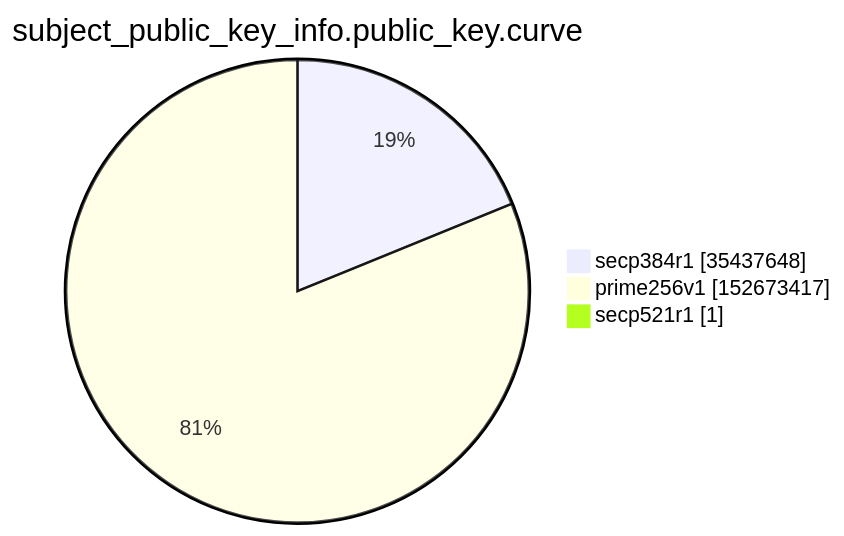
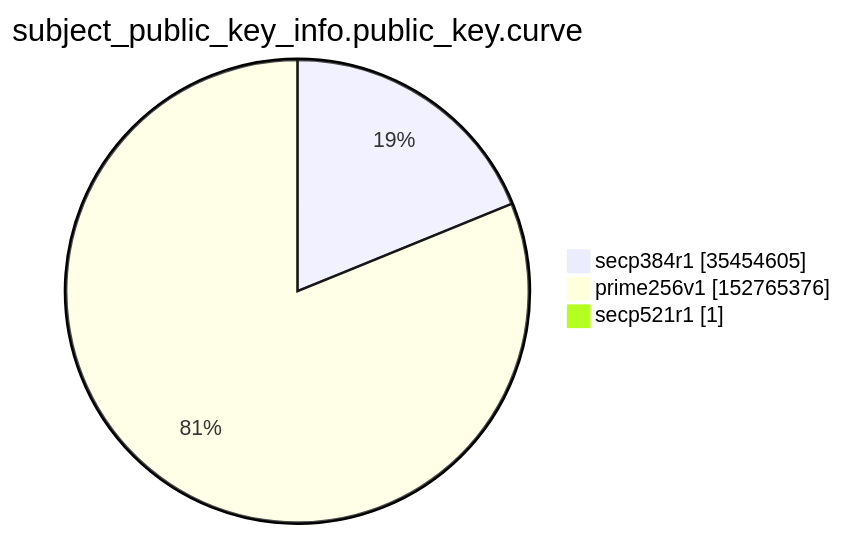
Before and after one commit to christiankrug/ctmonitor_visualization: the ninth of 15 diagrams in argon2022/README.md, drawn with Mermaid. The commit also changed other lines of this file, not shown here.

````diff
--- a/argon2022/README.md
+++ b/argon2022/README.md
@@ -2765,7 +2765,7 @@
 ```mermaid
 pie showData
 title subject_public_key_info.public_key.curve
-"secp384r1" :35437648
-"prime256v1" :152673417
+"secp384r1" :35454605
+"prime256v1" :152765376
 "secp521r1" :1
 ```
````
